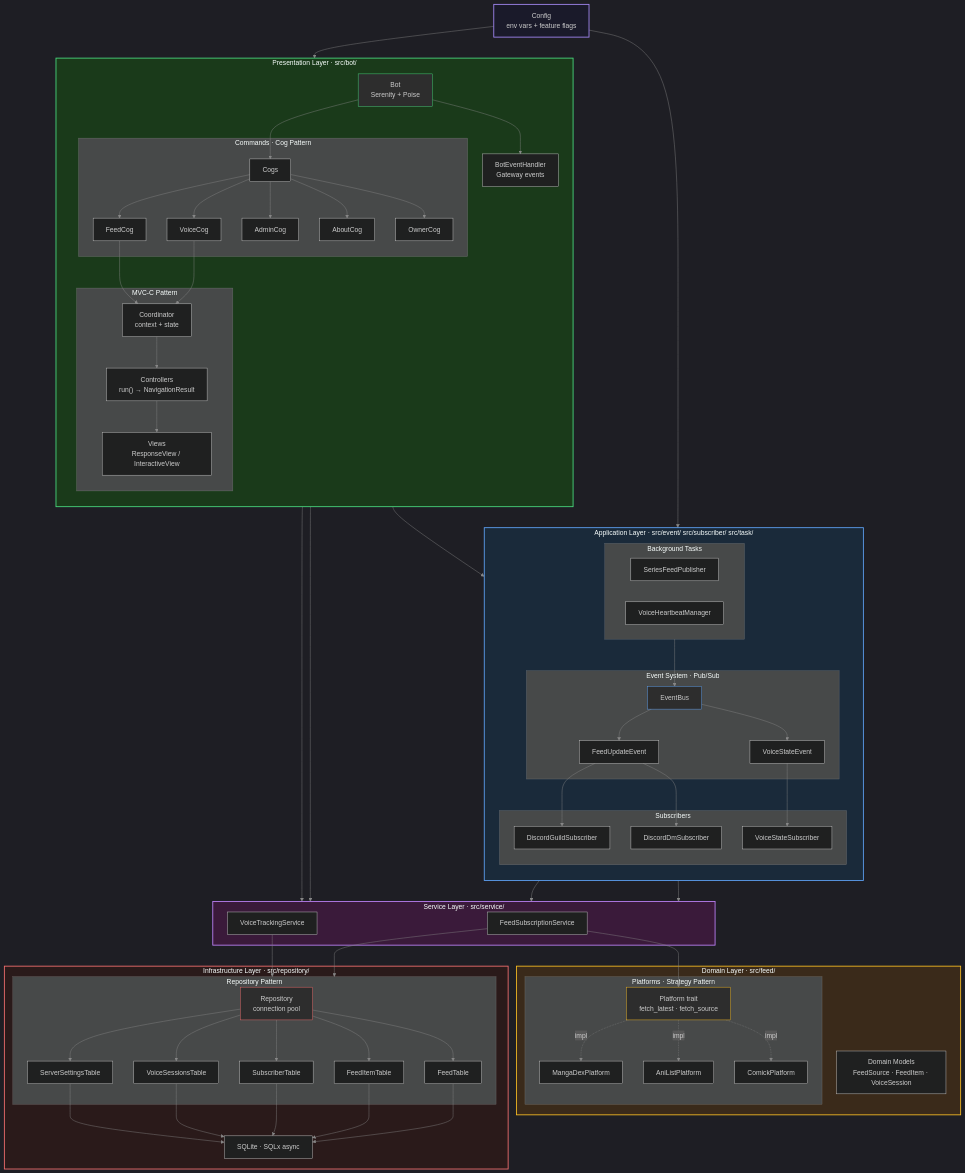
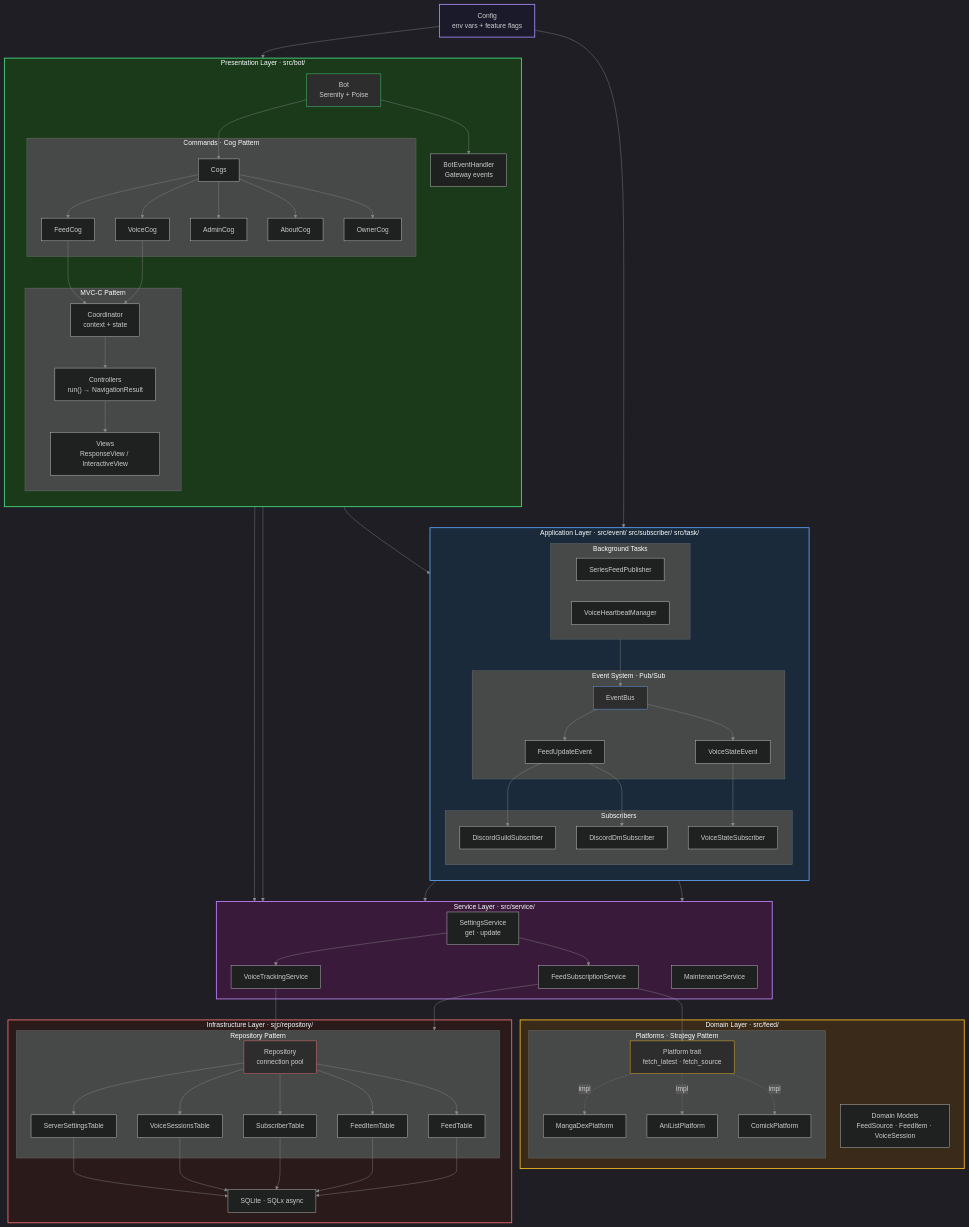
The diagram in docs/diagrams/architecture-layers.mmd (FAZuH/pwr-bot), drawn with Mermaid before and after one commit. The commit also changed 9 other files, not shown here.

Commit message:
refactor: Add settings service

```diff
--- a/docs/diagrams/architecture-layers.mmd
+++ b/docs/diagrams/architecture-layers.mmd
@@ -1,116 +1,119 @@
 %%{init: {
   'theme': 'dark',
   'themeVariables': {
     'primaryColor': '#1e1e1e',
     'primaryTextColor': '#ffffff',
     'primaryBorderColor': '#ffffff',
     'lineColor': '#888888',
     'secondaryColor': '#2d2d2d',
     'tertiaryColor': '#1e1e1e'
   }
 }}%%
 graph TB
     subgraph Presentation["Presentation Layer  ·  src/bot/"]
         direction TB
         Bot["Bot<br/>Serenity + Poise"]
         EventHandler["BotEventHandler<br/>Gateway events"]
 
         subgraph Commands["Commands  ·  Cog Pattern"]
             Cogs["Cogs"]
             FeedCog["FeedCog"]
             VoiceCog["VoiceCog"]
             AdminCog["AdminCog"]
             AboutCog["AboutCog"]
             OwnerCog["OwnerCog"]
             Cogs --> FeedCog & VoiceCog & AdminCog & AboutCog & OwnerCog
         end
 
         subgraph MVC["MVC-C Pattern"]
             Coordinator["Coordinator<br/>context + state"]
             Controllers["Controllers<br/>run() → NavigationResult"]
             Views["Views<br/>ResponseView / InteractiveView"]
             Coordinator --> Controllers --> Views
         end
 
         Bot --> EventHandler & Cogs
         FeedCog & VoiceCog --> Coordinator
     end
 
     subgraph Application["Application Layer  ·  src/event/  src/subscriber/  src/task/"]
         direction TB
 
         subgraph EventSystem["Event System  ·  Pub/Sub"]
             EventBus["EventBus"]
             FeedEvent["FeedUpdateEvent"]
             VoiceEvent["VoiceStateEvent"]
             EventBus --> FeedEvent & VoiceEvent
         end
 
         subgraph Subscribers["Subscribers"]
             GuildSub["DiscordGuildSubscriber"]
             DmSub["DiscordDmSubscriber"]
             VoiceSub["VoiceStateSubscriber"]
         end
 
         subgraph Tasks["Background Tasks"]
             FeedPublisher["SeriesFeedPublisher"]
             VoiceHeartbeat["VoiceHeartbeatManager"]
         end
 
         FeedEvent --> GuildSub & DmSub
         VoiceEvent --> VoiceSub
         Tasks --> EventBus
     end
 
     subgraph Service["Service Layer  ·  src/service/"]
+        SettingsService["SettingsService<br/>get · update"]
         FeedService["FeedSubscriptionService"]
         VoiceService["VoiceTrackingService"]
+        MaintenanceService["MaintenanceService"]
+        SettingsService --> FeedService & VoiceService
     end
 
     subgraph Domain["Domain Layer  ·  src/feed/"]
         subgraph Platforms["Platforms  ·  Strategy Pattern"]
             PlatformTrait["Platform trait<br/>fetch_latest · fetch_source"]
             MangaDex["MangaDexPlatform"]
             AniList["AniListPlatform"]
             Comick["ComickPlatform"]
             PlatformTrait -.->|impl| MangaDex & AniList & Comick
         end
         Models["Domain Models<br/>FeedSource · FeedItem · VoiceSession"]
     end
 
     subgraph Infrastructure["Infrastructure Layer  ·  src/repository/"]
         subgraph Repository["Repository Pattern"]
             Repo["Repository<br/>connection pool"]
             FeedTable["FeedTable"]
             FeedItemTable["FeedItemTable"]
             SubscriberTable["SubscriberTable"]
             VoiceTable["VoiceSessionsTable"]
             SettingsTable["ServerSettingsTable"]
             Repo --> FeedTable & FeedItemTable & SubscriberTable & VoiceTable & SettingsTable
         end
         SQLite["SQLite  ·  SQLx async"]
         FeedTable & FeedItemTable & SubscriberTable & VoiceTable & SettingsTable --> SQLite
     end
 
     Config["Config<br/>env vars + feature flags"]
 
     %% Cross-layer
     Controllers --> Service
     Subscribers --> Service
     Tasks --> Service
     FeedService --> PlatformTrait
     FeedService & VoiceService --> Repository
     Bot --> Service & EventBus
     Config --> Bot & Tasks
 
     style Presentation fill:#1a3a1a,stroke:#4ade80,stroke-width:2px
     style Application fill:#1a2a3a,stroke:#60a5fa,stroke-width:2px
     style Service fill:#3a1a3a,stroke:#c084fc,stroke-width:2px
     style Domain fill:#3a2a1a,stroke:#fbbf24,stroke-width:2px
     style Infrastructure fill:#2a1a1a,stroke:#f87171,stroke-width:2px
     style Config fill:#1a1a2a,stroke:#a78bfa,stroke-width:2px
 
     style Bot fill:#2d2d2d,stroke:#4ade80
     style EventBus fill:#2d2d2d,stroke:#60a5fa
     style PlatformTrait fill:#2d2d2d,stroke:#fbbf24
     style Repo fill:#2d2d2d,stroke:#f87171
```
